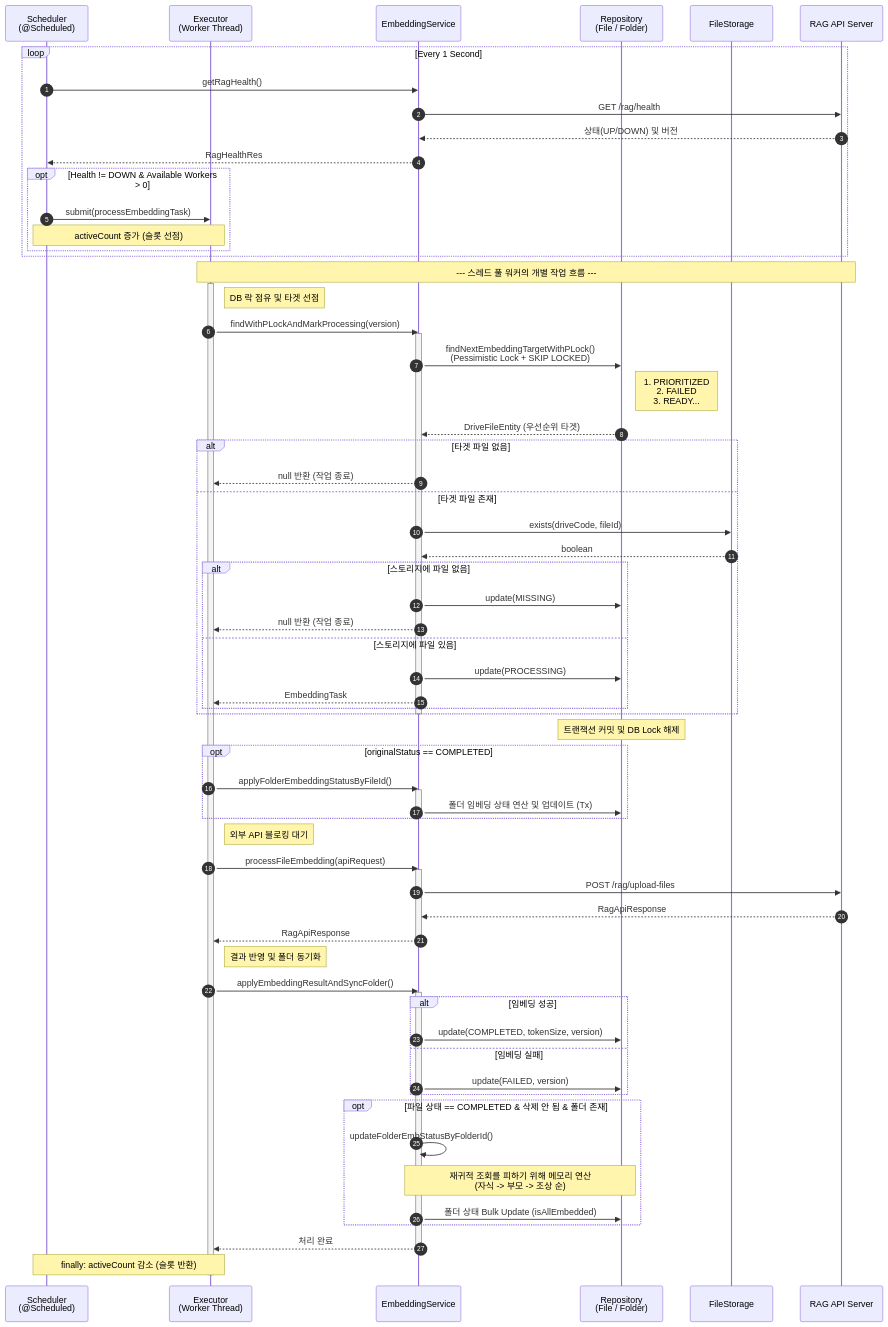
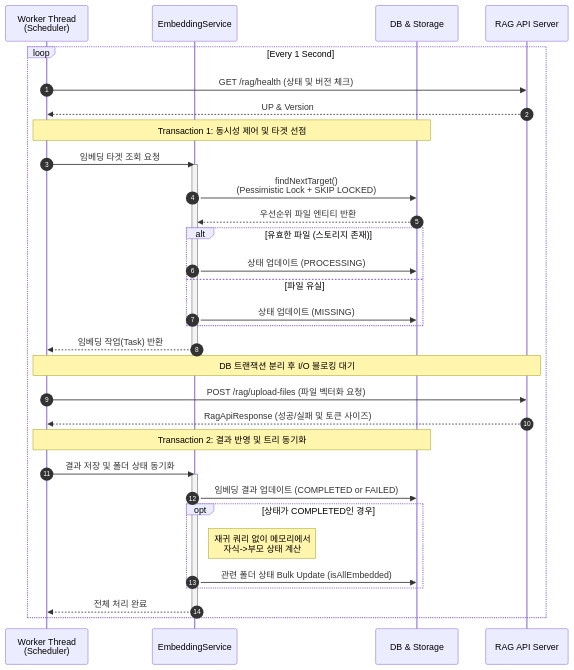
The second of 7 diagrams in README.md (sul1074/Rebac-Drive-System), drawn with Mermaid before and after one commit. The commit also changed other lines of this file, not shown here.

Commit message:
Update sequence diagram and synchronization details
Refactor sequence diagram and update folder embedding synchronization flow in README.

````diff
--- a/README.md
+++ b/README.md
@@ -176,93 +176,49 @@
 sequenceDiagram
     autonumber
 
-    participant S as Scheduler<br/>(@Scheduled)
-    participant E as Executor<br/>(Worker Thread)
+    participant W as Worker Thread<br/>(Scheduler)
     participant SVC as EmbeddingService
-    participant DB as Repository<br/>(File / Folder)
-    participant FS as FileStorage
+    participant DB as DB & Storage
     participant API as RAG API Server
 
     %% 1. 스케줄링 및 헬스 체크
     loop Every 1 Second
-        S->>SVC: getRagHealth()
-        SVC->>API: GET /rag/health
-        API-->>SVC: 상태(UP/DOWN) 및 버전
-        SVC-->>S: RagHealthRes
+        W->>API: GET /rag/health (상태 및 버전 체크)
+        API-->>W: UP & Version
+        
+        %% 2. 타겟 선점 및 상태 변경 (Transaction 1)
+        Note over W, DB: Transaction 1: 동시성 제어 및 타겟 선점
+        W->>SVC: 임베딩 타겟 조회 요청
+        activate SVC
+        SVC->>DB: findNextTarget() <br/>(Pessimistic Lock + SKIP LOCKED)
+        DB-->>SVC: 우선순위 파일 엔티티 반환
+        
+        alt 유효한 파일 (스토리지 존재)
+            SVC->>DB: 상태 업데이트 (PROCESSING)
+        else 파일 유실
+            SVC->>DB: 상태 업데이트 (MISSING)
+        end
+        SVC-->>W: 임베딩 작업(Task) 반환
+        deactivate SVC
 
-        opt Health != DOWN & Available Workers > 0
-            S->>E: submit(processEmbeddingTask)
-            Note over S, E: activeCount 증가 (슬롯 선점)
+        %% 3. RAG API 호출 (Network I/O)
+        Note over W, API: DB 트랜잭션 분리 후 I/O 블로킹 대기
+        W->>API: POST /rag/upload-files (파일 벡터화 요청)
+        API-->>W: RagApiResponse (성공/실패 및 토큰 사이즈)
+
+        %% 4. 결과 반영 및 폴더 동기화 (Transaction 2)
+        Note over W, DB: Transaction 2: 결과 반영 및 트리 동기화
+        W->>SVC: 결과 저장 및 폴더 상태 동기화
+        activate SVC
+        
+        SVC->>DB: 임베딩 결과 업데이트 (COMPLETED or FAILED)
+        
+        opt 상태가 COMPLETED인 경우
+            Note right of SVC: 재귀 쿼리 없이 메모리에서<br/>자식->부모 상태 계산
+            SVC->>DB: 관련 폴더 상태 Bulk Update (isAllEmbedded)
         end
-    end
-
-    %% 2. 워커 스레드 작업 수행 (타겟 선점)
-    Note over E, API: --- 스레드 풀 워커의 개별 작업 흐름 ---
-    activate E
-    
-    %% Transaction 1
-    Note right of E: DB 락 점유 및 타겟 선점
-    E->>SVC: findWithPLockAndMarkProcessing(version)
-    activate SVC
-    
-    SVC->>DB: findNextEmbeddingTargetWithPLock()<br/>(Pessimistic Lock + SKIP LOCKED)
-    Note right of DB: 1. PRIORITIZED<br/>2. FAILED<br/>3. READY...
-    DB-->>SVC: DriveFileEntity (우선순위 타겟)
-
-    alt 타겟 파일 없음
-        SVC-->>E: null 반환 (작업 종료)
-    else 타겟 파일 존재
-        SVC->>FS: exists(driveCode, fileId)
-        FS-->>SVC: boolean
         
-        alt 스토리지에 파일 없음
-            SVC->>DB: update(MISSING)
-            SVC-->>E: null 반환 (작업 종료)
-        else 스토리지에 파일 있음
-            SVC->>DB: update(PROCESSING)
-            SVC-->>E: EmbeddingTask
-        end
-    end
-    deactivate SVC
-    Note over DB: 트랜잭션 커밋 및 DB Lock 해제
-
-    %% 3. 재처리 대상 폴더 상태 선제 업데이트
-    opt originalStatus == COMPLETED
-        E->>SVC: applyFolderEmbeddingStatusByFileId()
-        activate SVC
-        SVC->>DB: 폴더 임베딩 상태 연산 및 업데이트 (Tx)
+        SVC-->>W: 전체 처리 완료
         deactivate SVC
     end
-
-    %% 4. RAG API 연동 (네트워크 I/O)
-    Note right of E: 외부 API 블로킹 대기
-    E->>SVC: processFileEmbedding(apiRequest)
-    activate SVC
-    SVC->>API: POST /rag/upload-files
-    API-->>SVC: RagApiResponse
-    SVC-->>E: RagApiResponse
-    deactivate SVC
-
-    %% 5. 결과 반영 및 폴더 동기화
-    Note right of E: 결과 반영 및 폴더 동기화
-    E->>SVC: applyEmbeddingResultAndSyncFolder()
-    activate SVC
-    
-    alt 임베딩 성공
-        SVC->>DB: update(COMPLETED, tokenSize, version)
-    else 임베딩 실패
-        SVC->>DB: update(FAILED, version)
-    end
-
-    opt 파일 상태 == COMPLETED & 삭제 안 됨 & 폴더 존재
-        SVC->>SVC: updateFolderEmbStatusByFolderId()
-        Note over SVC, DB: 재귀적 조회를 피하기 위해 메모리 연산<br/>(자식 -> 부모 -> 조상 순)
-        SVC->>DB: 폴더 상태 Bulk Update (isAllEmbedded)
-    end
-    
-    SVC-->>E: 처리 완료
-    deactivate SVC
-
-    Note over S, E: finally: activeCount 감소 (슬롯 반환)
-    deactivate E
 ```
````
